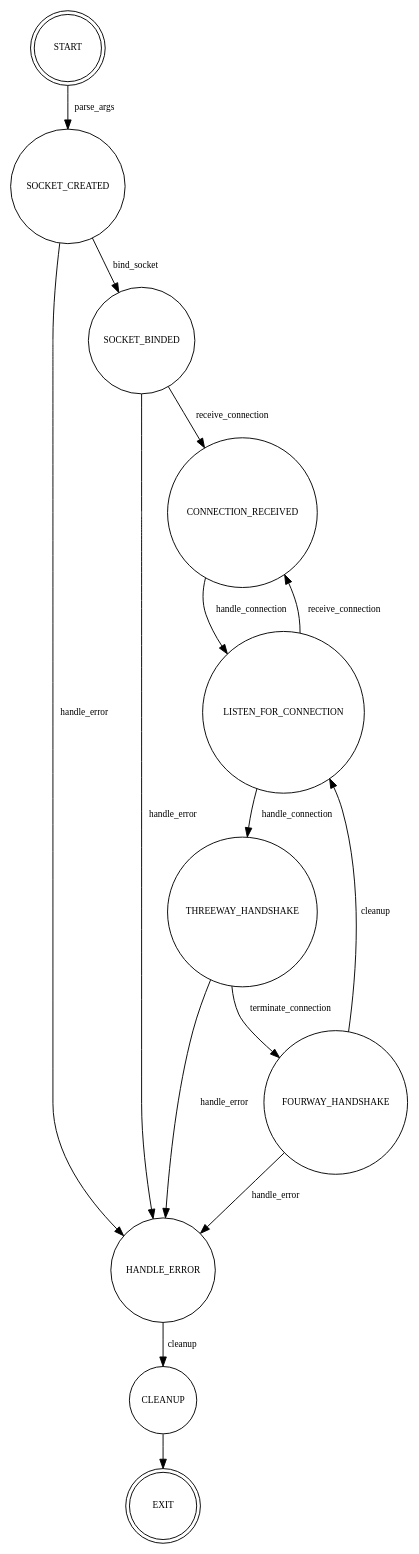
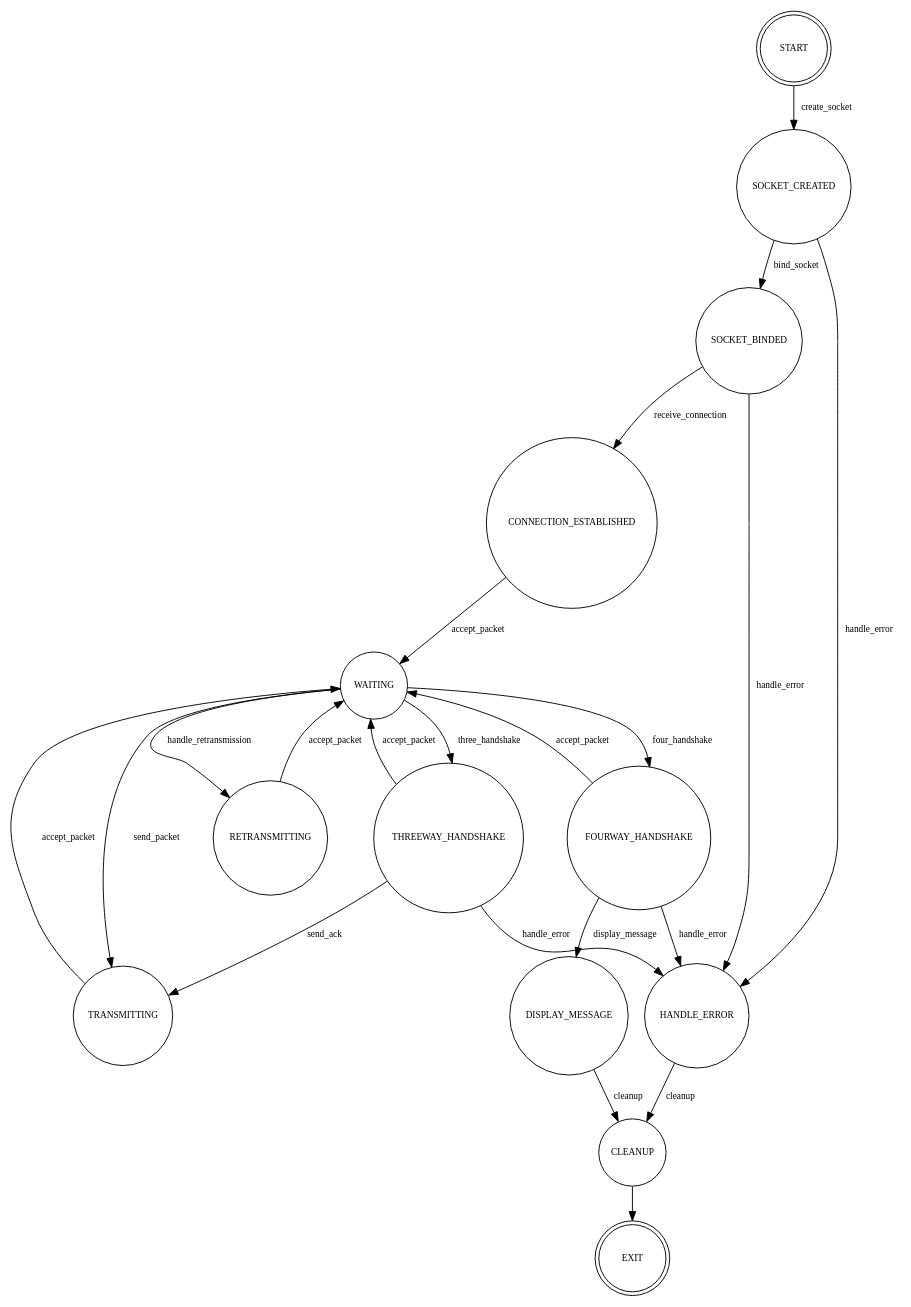
One commit to Wontoni/comp7005-project changed the diagram in server.gv. Above: the diagram before and after it, drawn with Graphviz. The commit also changed 10 other files, not shown here.

```diff
--- a/server.gv
+++ b/server.gv
@@ -1,30 +1,39 @@
 digraph Server {
     node [shape=circle; fontsize=10; width=1;height=1;];
     edge [fontsize=10];
 
     START [label="START", shape=doublecircle]
     HANDLE_ERROR [label="HANDLE_ERROR", shape=circle]
     SOCKET_CREATED [label="SOCKET_CREATED", shape=circle]
     SOCKET_BINDED [label="SOCKET_BINDED", shape=circle]
-    CONNECTION_RECEIVED [label="CONNECTION_RECEIVED", shape=circle]
-    LISTEN_FOR_CONNECTION[label="LISTEN_FOR_CONNECTION", shape=circle]
+    CONNECTION_ESTABLISHED [label="CONNECTION_ESTABLISHED", shape=circle]
+    WAITING[label="WAITING", shape=circle]
     THREEWAY_HANDSHAKE[label="THREEWAY_HANDSHAKE", shape=circle]
     FOURWAY_HANDSHAKE[label="FOURWAY_HANDSHAKE", shape=circle]
+    TRANSMITTING [label="TRANSMITTING", shape=circle]
+    RETRANSMITTING [label="RETRANSMITTING", shape=circle]
     CLEANUP [label="CLEANUP", shape=circle]
     EXIT [label="EXIT", shape=doublecircle]
 
-    START -> SOCKET_CREATED [label="parse_args"]
+    START -> SOCKET_CREATED [label="create_socket"]
     SOCKET_CREATED -> SOCKET_BINDED [label="bind_socket"]
     SOCKET_CREATED -> HANDLE_ERROR [label="handle_error"]
-    SOCKET_BINDED -> CONNECTION_RECEIVED [label="receive_connection"]
+    SOCKET_BINDED -> CONNECTION_ESTABLISHED [label="receive_connection"]
     SOCKET_BINDED -> HANDLE_ERROR [label="handle_error"]
-    CONNECTION_RECEIVED -> LISTEN_FOR_CONNECTION [label="handle_connection"]
-    LISTEN_FOR_CONNECTION -> CONNECTION_RECEIVED [label="receive_connection"]
-    LISTEN_FOR_CONNECTION -> THREEWAY_HANDSHAKE[label="handle_connection"]
-    THREEWAY_HANDSHAKE -> HANDLE_ERROR[label="handle_error"]
-    THREEWAY_HANDSHAKE -> FOURWAY_HANDSHAKE[label="terminate_connection"]
-    FOURWAY_HANDSHAKE -> HANDLE_ERROR[label="handle_error"]
-    FOURWAY_HANDSHAKE -> LISTEN_FOR_CONNECTION[label="cleanup"]
+    CONNECTION_ESTABLISHED -> WAITING [label="accept_packet"]
+    THREEWAY_HANDSHAKE -> TRANSMITTING [label="send_ack"]
+    THREEWAY_HANDSHAKE -> HANDLE_ERROR [label="handle_error"]
+    THREEWAY_HANDSHAKE -> WAITING [label="accept_packet"]
+    TRANSMITTING -> WAITING [label="accept_packet"]
+    WAITING -> TRANSMITTING [label="send_packet"]
+    WAITING -> THREEWAY_HANDSHAKE [label="three_handshake"]
+    WAITING -> FOURWAY_HANDSHAKE [label="four_handshake"]
+    WAITING -> RETRANSMITTING [label="handle_retransmission"]
+    RETRANSMITTING -> WAITING [label="accept_packet"]
+    FOURWAY_HANDSHAKE -> HANDLE_ERROR [label="handle_error"]
+    FOURWAY_HANDSHAKE -> DISPLAY_MESSAGE[label="display_message"]
+    FOURWAY_HANDSHAKE -> WAITING [label="accept_packet"]
+    DISPLAY_MESSAGE -> CLEANUP [label="cleanup"]
     HANDLE_ERROR -> CLEANUP [label="cleanup"]
     CLEANUP -> EXIT
 }
```
